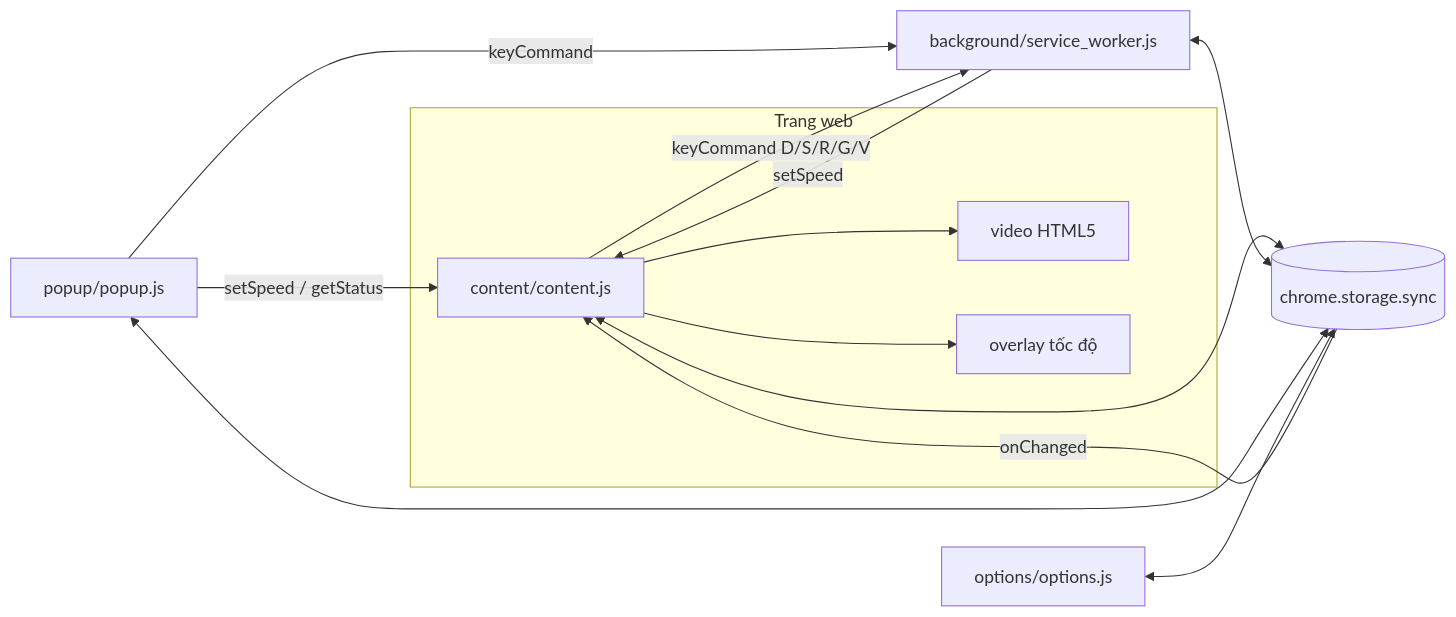
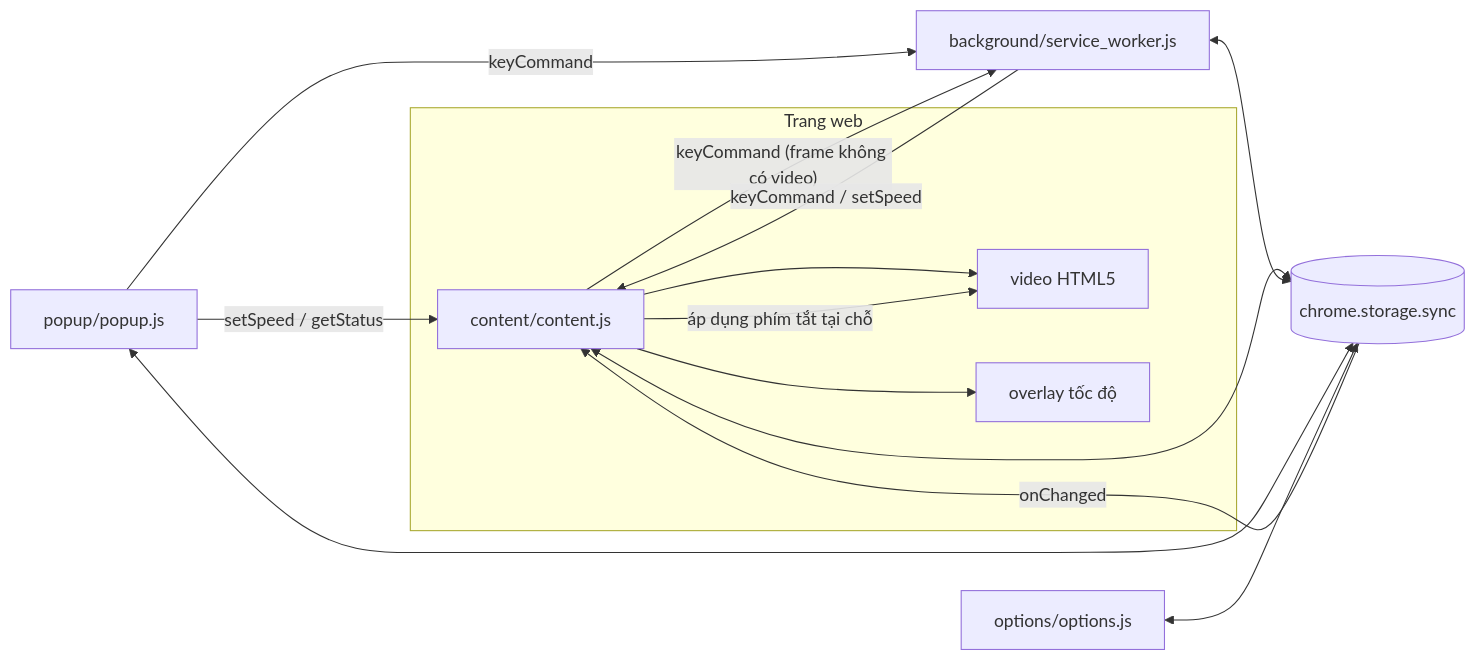
One commit to ntd237/video_speed_controller_extension_05052026 changed the diagram in README.md. Above: the diagram before and after it, drawn with Mermaid. The commit also changed 2 other files, not shown here.

Commit message:
feat(shortcuts): handle key commands locally in content script

````diff
--- a/README.md
+++ b/README.md
@@ -107,25 +107,26 @@
 ```mermaid
 flowchart LR
   subgraph page["Trang web"]
     CS["content/content.js"]
     VIDEO["video HTML5"]
     OVERLAY["overlay tốc độ"]
   end
 
   SW["background/service_worker.js"]
   POPUP["popup/popup.js"]
   OPT["options/options.js"]
   STORE[("chrome.storage.sync")]
 
   CS --> VIDEO
   CS --> OVERLAY
-  CS -- "keyCommand D/S/R/G/V" --> SW
+  CS -- "áp dụng phím tắt tại chỗ" --> VIDEO
+  CS -- "keyCommand (frame không có video)" --> SW
   POPUP -- "keyCommand" --> SW
-  SW -- "setSpeed" --> CS
+  SW -- "keyCommand / setSpeed" --> CS
   POPUP -- "setSpeed / getStatus" --> CS
   STORE -- "onChanged" --> CS
   CS <--> STORE
   SW <--> STORE
   POPUP <--> STORE
   OPT <--> STORE
 ```
````
